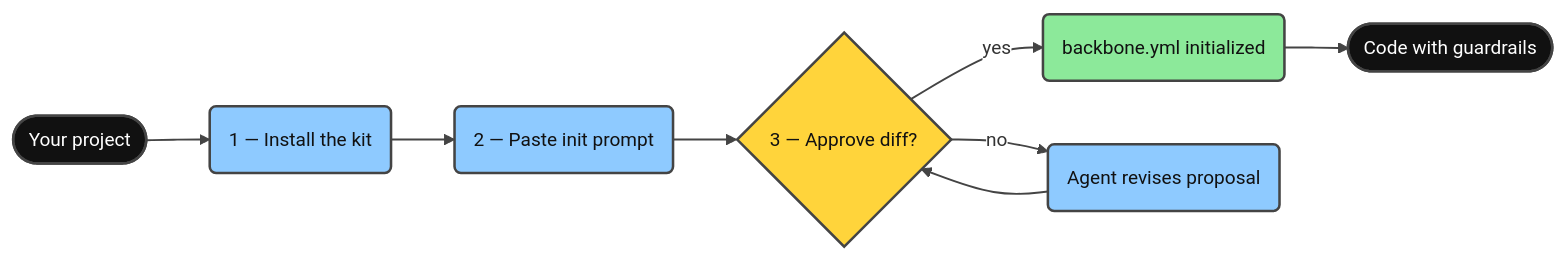
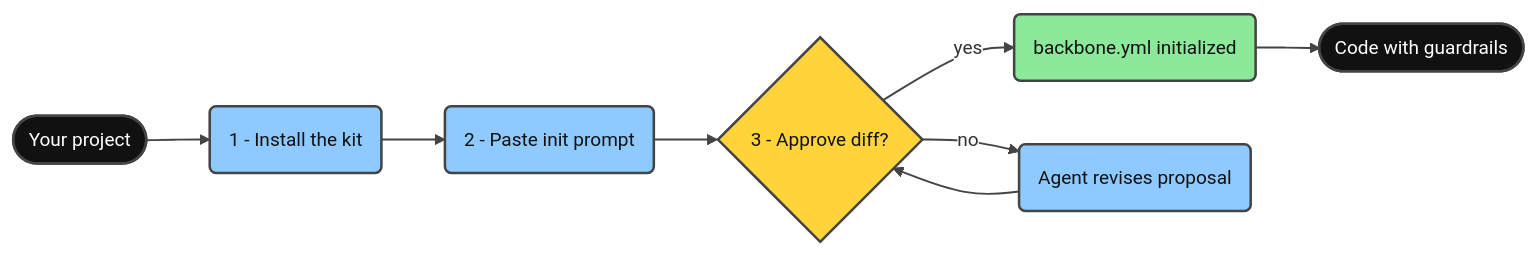
Before and after one commit to giang6283623/minimal-vibe-coding-kit: the first of 8 diagrams in README.md, drawn with Mermaid. The commit also changed other lines of this file and 579 other files, not shown here.

````diff
--- a/README.md
+++ b/README.md
@@ -40,31 +40,31 @@
 ```mermaid
 ---
 config:
   theme: base
   themeVariables:
     fontFamily: cascadia mono, consolas, noto sans mono, menlo, monospace
     fontSize: 15px
     lineColor: "#444444"
     textColor: "#111111"
     edgeLabelBackground: "#FFFFFF"
 ---
 flowchart LR
-    Start([Your project]) --> Install("1 — Install the kit")
-    Install --> Paste("2 — Paste init prompt")
-    Paste --> Review{"3 — Approve diff?"}
+    Start([Your project]) --> Install("1 - Install the kit")
+    Install --> Paste("2 - Paste init prompt")
+    Paste --> Review{"3 - Approve diff?"}
     Review -->|yes| Ready("backbone.yml initialized")
     Review -->|no| Revise("Agent revises proposal")
     Revise --> Review
     Ready --> Done([Code with guardrails])
 
     classDef terminal fill:#111111,stroke:#444444,stroke-width:2px,color:#FFFFFF
     classDef step fill:#8ECAFF,stroke:#444444,stroke-width:2px,color:#111111
     classDef decision fill:#FFD43B,stroke:#444444,stroke-width:2px,color:#111111
     classDef success fill:#8CE99A,stroke:#444444,stroke-width:2px,color:#111111
     linkStyle default stroke:#444444,stroke-width:1.5px
 
     class Start,Done terminal
     class Install,Paste,Revise step
     class Review decision
     class Ready success
 ```
````
